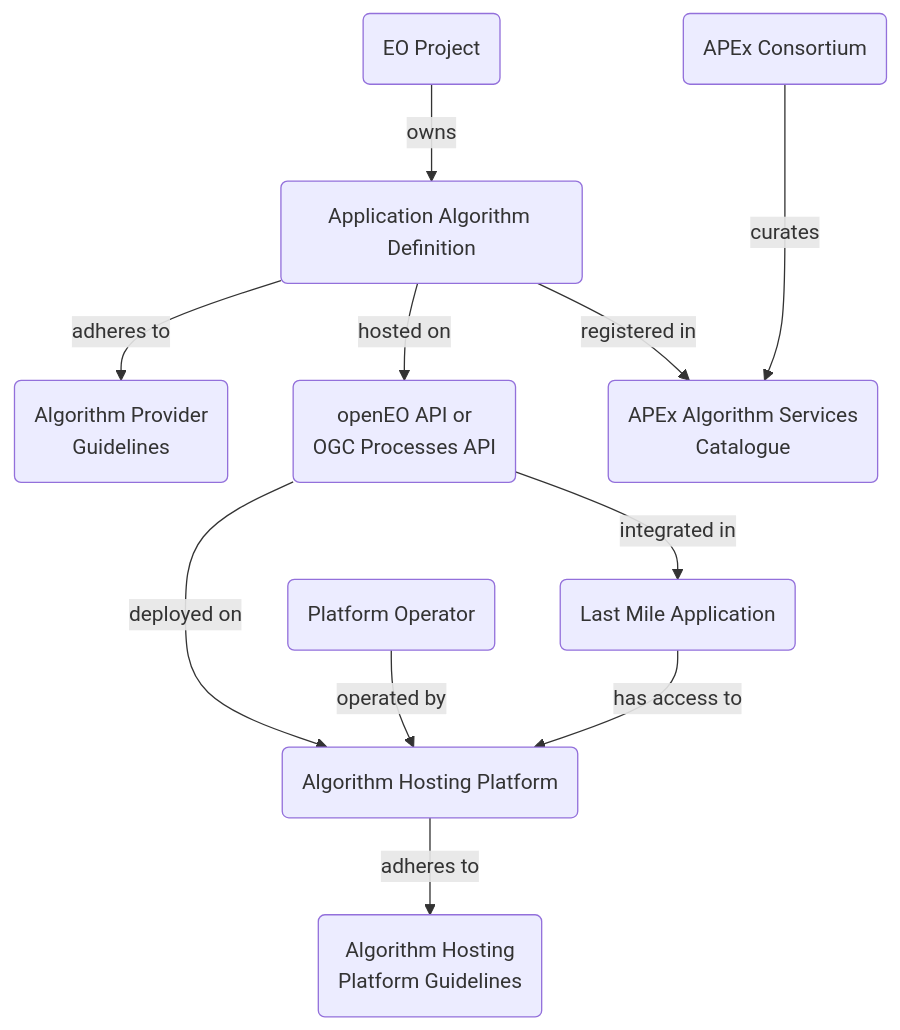
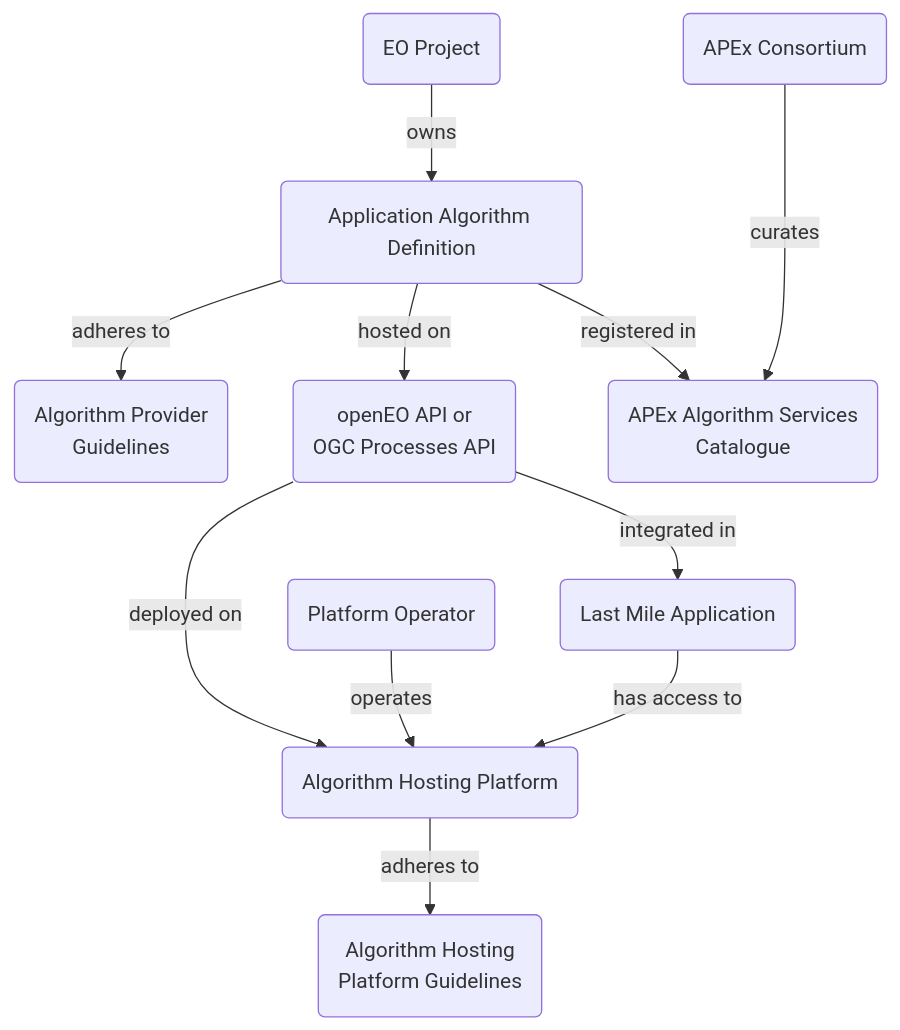
One commit to ESA-APEx/apex_documentation changed the diagram in interoperability/definitions.qmd. Above: the diagram before and after it, drawn with Mermaid. The commit also changed other lines of this file, not shown here.

Commit message:
fix: fix to concepts diagram

````diff
--- a/interoperability/definitions.qmd
+++ b/interoperability/definitions.qmd
@@ -9,27 +9,27 @@
 ```{mermaid}
 %%| label: fig-definitions
 %%| fig-cap: "Concepts and relationships."
 flowchart TD
     EO_PROJECT("EO Project")
     ALGORITHM("Application Algorithm Definition")
     ALGORITHM_GUIDELINES("Algorithm Provider</br> Guidelines")
     OPENEO_OGC("openEO API or <br/>OGC Processes API")
     LAST_MILE("Last Mile Application")
     HOSTING_PLATFORM("Algorithm Hosting Platform")
     OPERATOR("Platform Operator")
     PLATFORM_GUIDELINES("Algorithm Hosting<br/> Platform Guidelines")
     CATALOGUE("APEx Algorithm Services<br/> Catalogue")
     APEX("APEx Consortium")
 
 
     EO_PROJECT --> | owns | ALGORITHM
     ALGORITHM --> | adheres to | ALGORITHM_GUIDELINES
     ALGORITHM --> | hosted on | OPENEO_OGC
     OPENEO_OGC --> | deployed on | HOSTING_PLATFORM
-    OPERATOR --> | operated by | HOSTING_PLATFORM
+    OPERATOR --> | operates | HOSTING_PLATFORM
     HOSTING_PLATFORM --> | adheres to | PLATFORM_GUIDELINES
     ALGORITHM --> | registered in | CATALOGUE
     APEX ---> | curates | CATALOGUE
     OPENEO_OGC --> | integrated in | LAST_MILE
     LAST_MILE --> | has access to | HOSTING_PLATFORM
 ```
````
